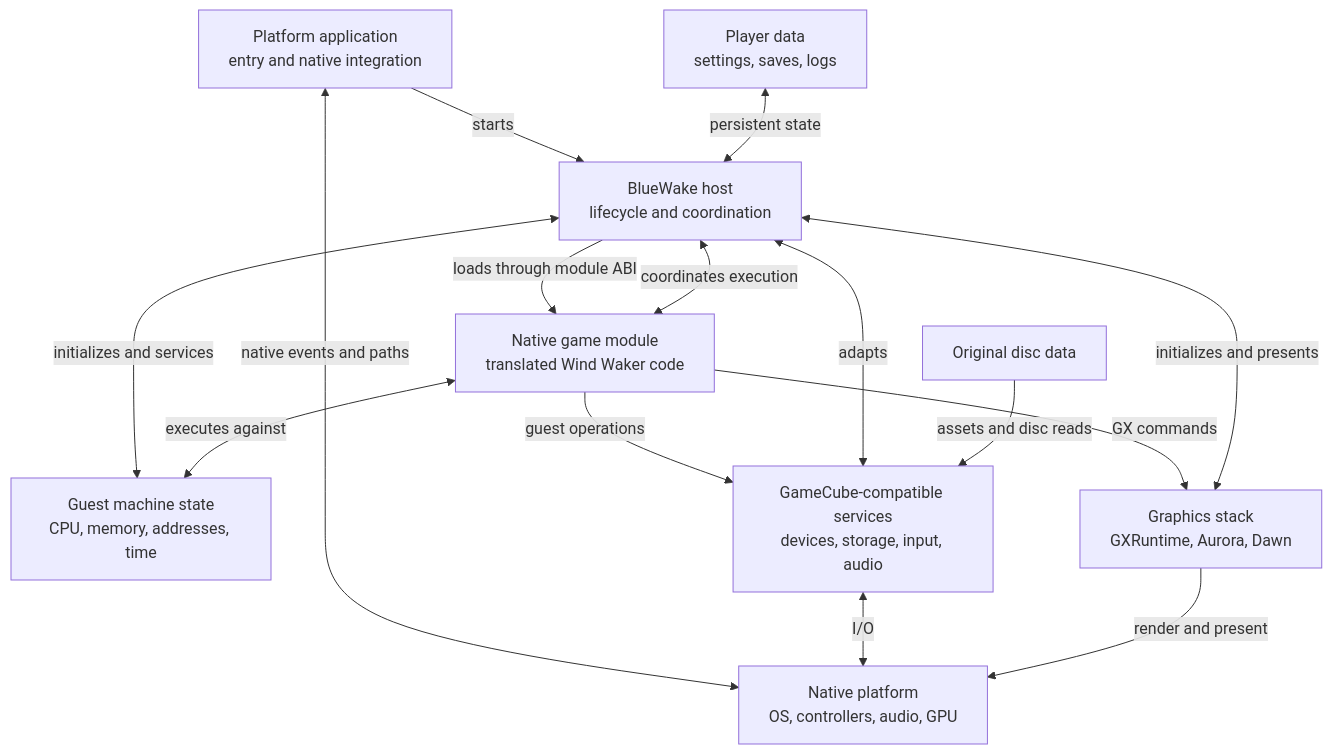
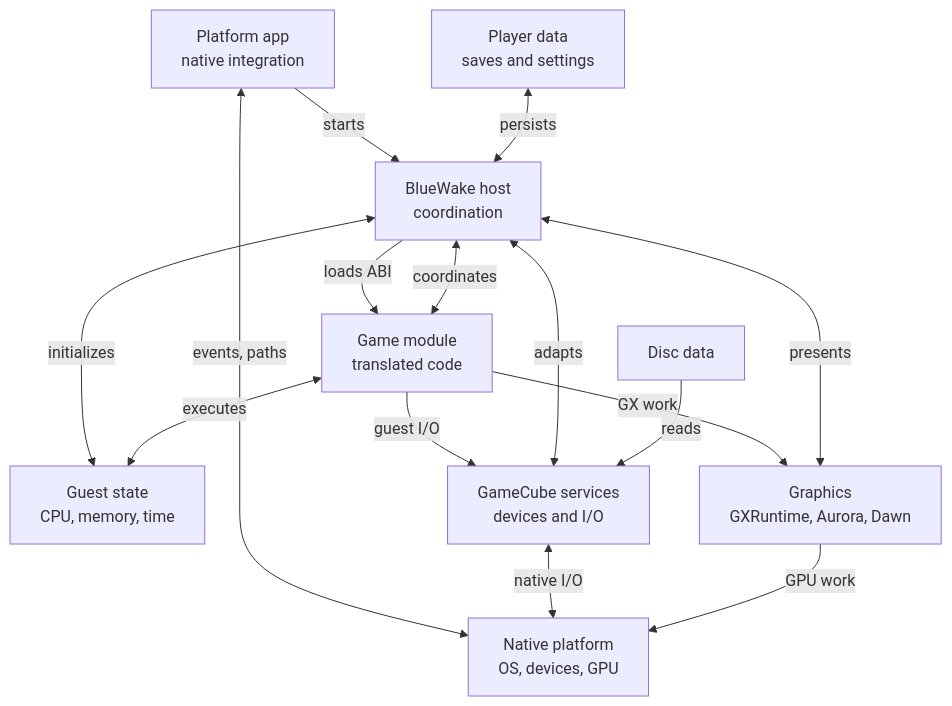
Before and after one commit to Aelbannan/boat_of_daphnes: the first of 2 diagrams in docs/architecture/Runtime.md, drawn with Mermaid. The commit also changed other lines of this file, not shown here.

Commit message:
docs: prevent runtime diagram label clipping

````diff
--- a/docs/architecture/Runtime.md
+++ b/docs/architecture/Runtime.md
@@ -38,27 +38,27 @@
 ```mermaid
 flowchart TD
-    Platform["Platform application<br/>entry and native integration"]
-    Host["BlueWake host<br/>lifecycle and coordination"]
-    Module["Native game module<br/>translated Wind Waker code"]
-    Guest["Guest machine state<br/>CPU, memory, addresses, time"]
-    Services["GameCube-compatible services<br/>devices, storage, input, audio"]
-    Graphics["Graphics stack<br/>GXRuntime, Aurora, Dawn"]
-    Disc["Original disc data"]
-    Player["Player data<br/>settings, saves, logs"]
-    Native["Native platform<br/>OS, controllers, audio, GPU"]
+    Platform["Platform app<br/>native integration"]
+    Host["BlueWake host<br/>coordination"]
+    Module["Game module<br/>translated code"]
+    Guest["Guest state<br/>CPU, memory, time"]
+    Services["GameCube services<br/>devices and I/O"]
+    Graphics["Graphics<br/>GXRuntime, Aurora, Dawn"]
+    Disc["Disc data"]
+    Player["Player data<br/>saves and settings"]
+    Native["Native platform<br/>OS, devices, GPU"]
 
     Platform -->|"starts"| Host
-    Host -->|"loads through module ABI"| Module
-    Host <-->|"coordinates execution"| Module
-    Host <-->|"initializes and services"| Guest
-    Module <-->|"executes against"| Guest
-    Module -->|"guest operations"| Services
+    Host -->|"loads ABI"| Module
+    Host <-->|"coordinates"| Module
+    Host <-->|"initializes"| Guest
+    Module <-->|"executes"| Guest
+    Module -->|"guest I/O"| Services
     Host <-->|"adapts"| Services
-    Module -->|"GX commands"| Graphics
-    Host <-->|"initializes and presents"| Graphics
-    Disc -->|"assets and disc reads"| Services
-    Player <-->|"persistent state"| Host
-    Platform <-->|"native events and paths"| Native
-    Services <-->|"I/O"| Native
-    Graphics -->|"render and present"| Native
+    Module -->|"GX work"| Graphics
+    Host <-->|"presents"| Graphics
+    Disc -->|"reads"| Services
+    Player <-->|"persists"| Host
+    Platform <-->|"events, paths"| Native
+    Services <-->|"native I/O"| Native
+    Graphics -->|"GPU work"| Native
 ```
````
